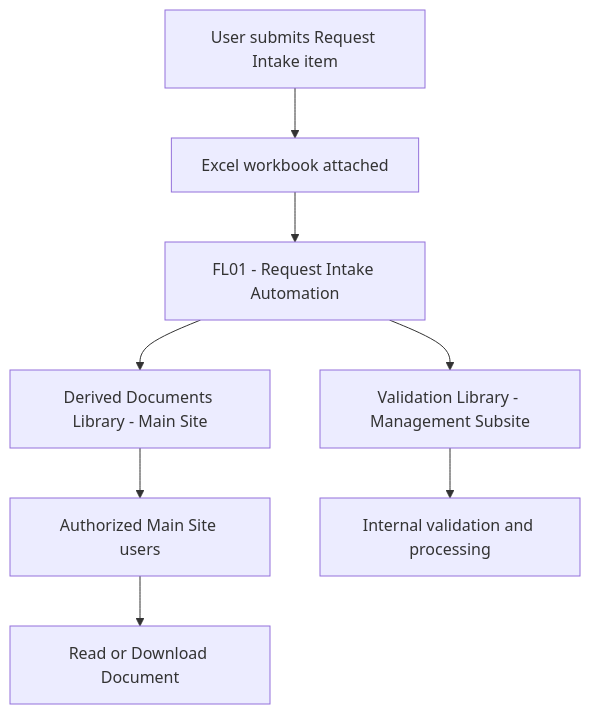
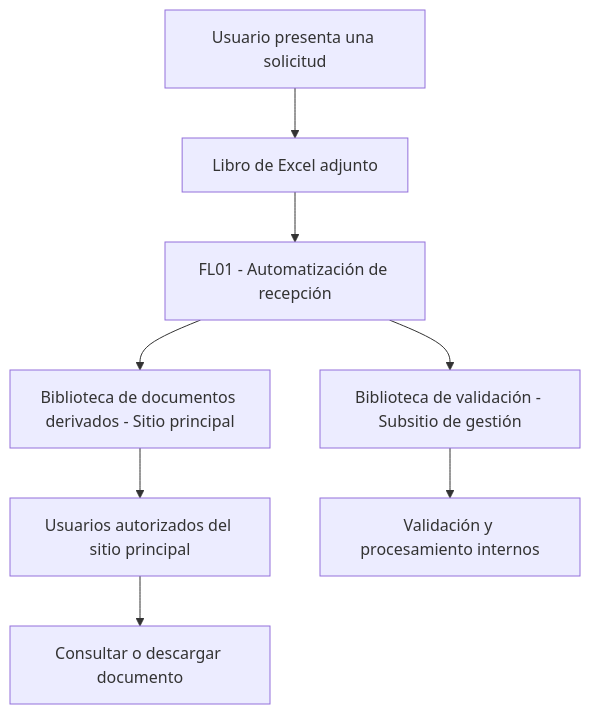
The diagram in Power-Automate/SharePoint-Excel-Automation/Sharepoint/libraries/derived-documents.md (smartinmunoz/power-platform-portfolio-es), drawn with Mermaid before and after one commit. The commit also changed other lines of this file, not shown here.

Commit message:
docs: translate SharePoint derived documents library to Spanish

````diff
--- a/Power-Automate/SharePoint-Excel-Automation/Sharepoint/libraries/derived-documents.md
+++ b/Power-Automate/SharePoint-Excel-Automation/Sharepoint/libraries/derived-documents.md
@@ -118,19 +110,19 @@
 ```mermaid
 flowchart TD
-    A[User submits Request Intake item]
-    B[Excel workbook attached]
-    C[FL01 - Request Intake Automation]
-    D[Derived Documents Library - Main Site]
-    E[Validation Library - Management Subsite]
-    F[Authorized Main Site users]
-    G[Internal validation and processing]
-    H[Read or Download Document]
+    A[Usuario presenta una solicitud]
+    B[Libro de Excel adjunto]
+    C[FL01 - Automatización de recepción]
+    D[Biblioteca de documentos derivados - Sitio principal]
+    E[Biblioteca de validación - Subsitio de gestión]
+    F[Usuarios autorizados del sitio principal]
+    G[Validación y procesamiento internos]
+    H[Consultar o descargar documento]
 
     A --> B
     B --> C
     C --> D
     C --> E
     D --> F
     F --> H
     E --> G
 ```
````
